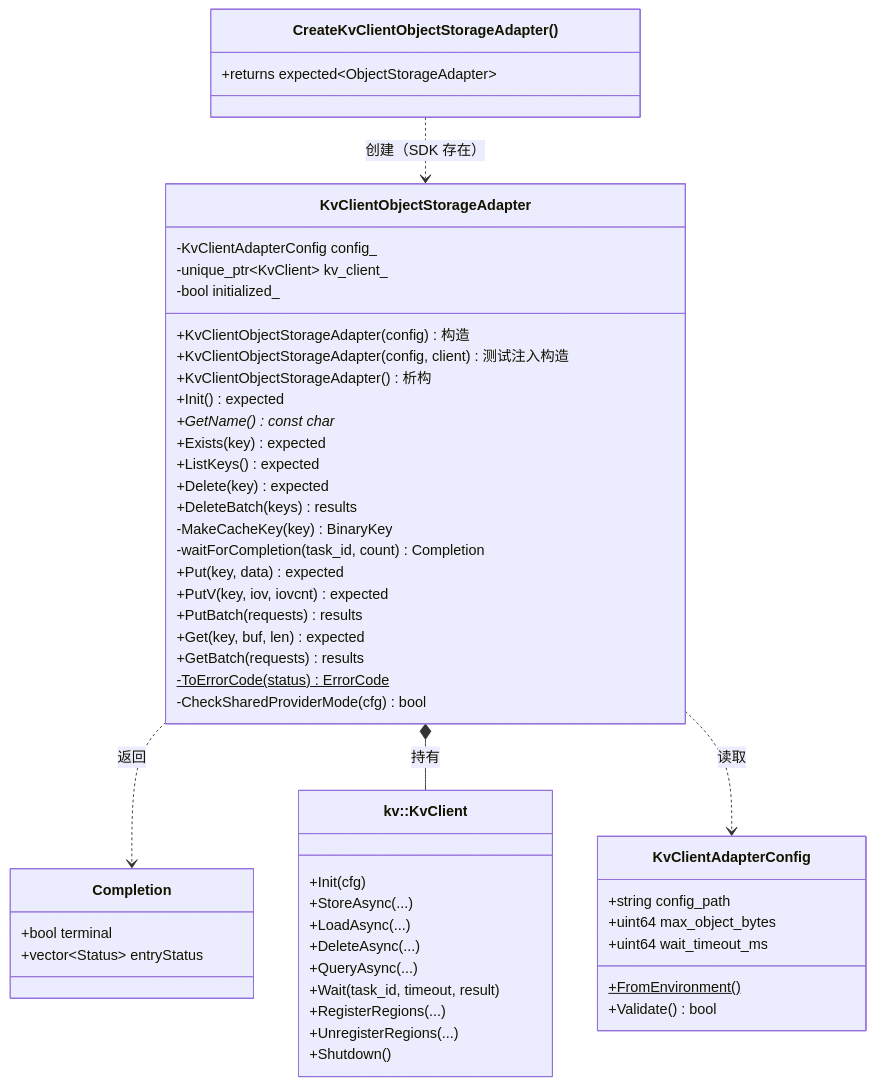
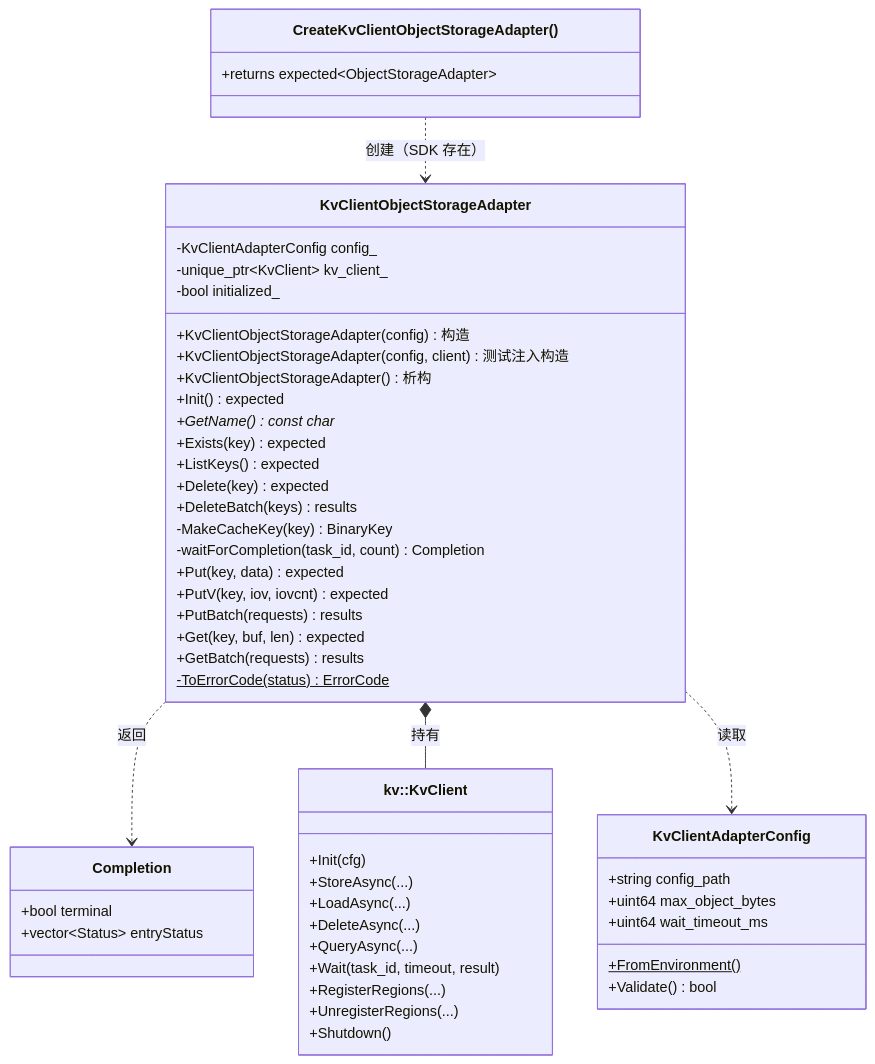
One commit to zwj20000328-dotcom/Mooncake-documents changed the first of 9 diagrams in Mooncake + KVClient L3 接入（Kvcs）- PR 实施设计.md. Above: the diagram before and after it, drawn with Mermaid. The commit also changed other lines of this file and 2 other files, not shown here.

````diff
--- a/Mooncake + KVClient L3 接入（Kvcs）- PR 实施设计.md
+++ b/Mooncake + KVClient L3 接入（Kvcs）- PR 实施设计.md
@@ -43,63 +44,62 @@
 ```mermaid
 classDiagram
     direction TB
 
     class KvClientAdapterConfig {
         +string config_path
         +uint64 max_object_bytes
         +uint64 wait_timeout_ms
         +FromEnvironment()$
         +Validate() bool
     }
 
     class Completion {
         +bool terminal
         +vector~Status~ entryStatus
     }
 
     class KvClientObjectStorageAdapter {
         -KvClientAdapterConfig config_
         -unique_ptr~KvClient~ kv_client_
         -bool initialized_
         +KvClientObjectStorageAdapter(config) 构造
         +KvClientObjectStorageAdapter(config, client) 测试注入构造
         +KvClientObjectStorageAdapter() 析构
         +Init() expected
         +GetName() const char*
         +Exists(key) expected
         +ListKeys() expected
         +Delete(key) expected
         +DeleteBatch(keys) results
         -MakeCacheKey(key) BinaryKey
         -waitForCompletion(task_id, count) Completion
         +Put(key, data) expected
         +PutV(key, iov, iovcnt) expected
         +PutBatch(requests) results
         +Get(key, buf, len) expected
         +GetBatch(requests) results
         -ToErrorCode(status) ErrorCode$
-        -CheckSharedProviderMode(cfg) bool
     }
 
     KvClientObjectStorageAdapter ..> Completion : 返回
 
     class SdkKvClient["kv::KvClient"] {
         +Init(cfg)
         +StoreAsync(...)
         +LoadAsync(...)
         +DeleteAsync(...)
         +QueryAsync(...)
         +Wait(task_id, timeout, result)
         +RegisterRegions(...)
         +UnregisterRegions(...)
         +Shutdown()
     }
 
     class Factory["CreateKvClientObjectStorageAdapter()"] {
         +returns expected~ObjectStorageAdapter~
     }
 
     KvClientObjectStorageAdapter *-- SdkKvClient : 持有
     KvClientObjectStorageAdapter ..> KvClientAdapterConfig : 读取
     Factory ..> KvClientObjectStorageAdapter : 创建（SDK 存在）
 ```
````
